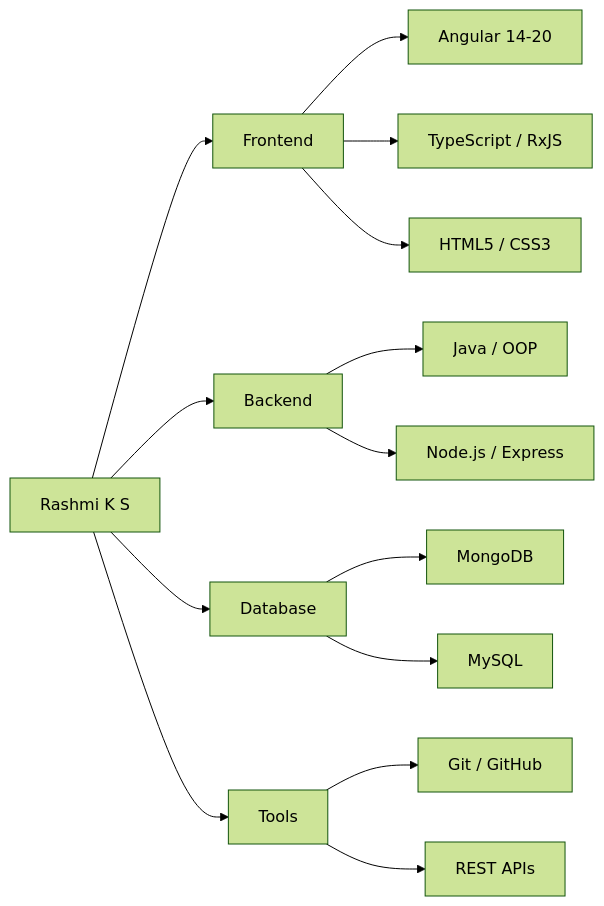
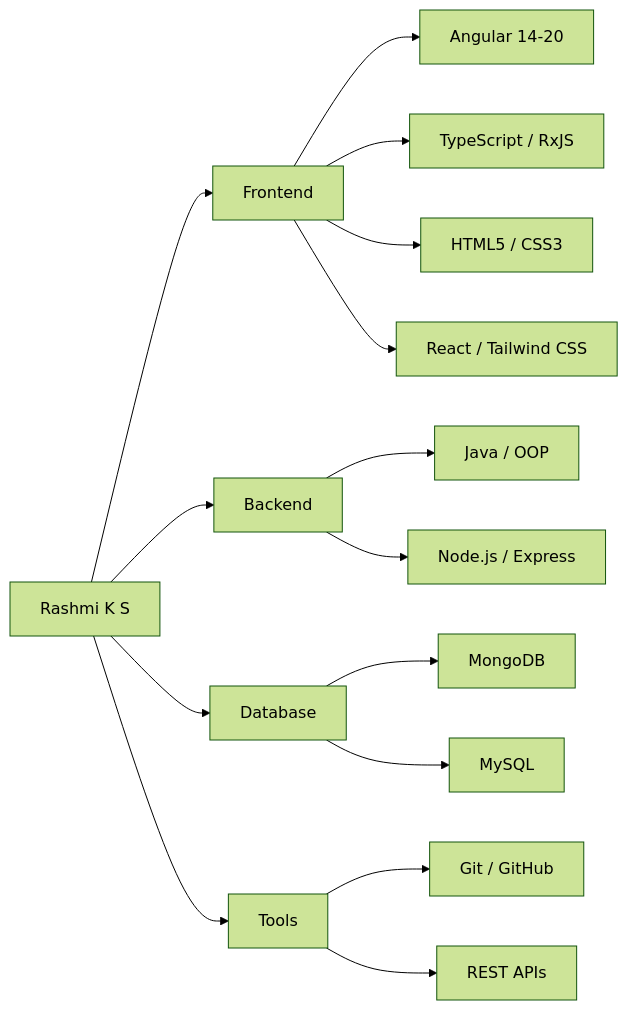
The first of 5 diagrams in README.md (Rashmi92-ha/Rashmi92-ha), drawn with Mermaid (forest theme) before and after one commit. The commit also changed other lines of this file, not shown here.

First line of the commit message:
Update README with React project and new features

````diff
--- a/README.md
+++ b/README.md
@@ -37,20 +40,21 @@
 ```mermaid
 graph LR
     A[Rashmi K S] --> B[Frontend]
     A --> C[Backend]
     A --> D[Database]
     A --> E[Tools]
 
     B --> B1[Angular 14-20]
     B --> B2[TypeScript / RxJS]
     B --> B3[HTML5 / CSS3]
+    B --> B4[React / Tailwind CSS]
 
     C --> C1[Java / OOP]
     C --> C2[Node.js / Express]
 
     D --> D1[MongoDB]
     D --> D2[MySQL]
 
     E --> E1[Git / GitHub]
     E --> E2[REST APIs]
 ```
````
